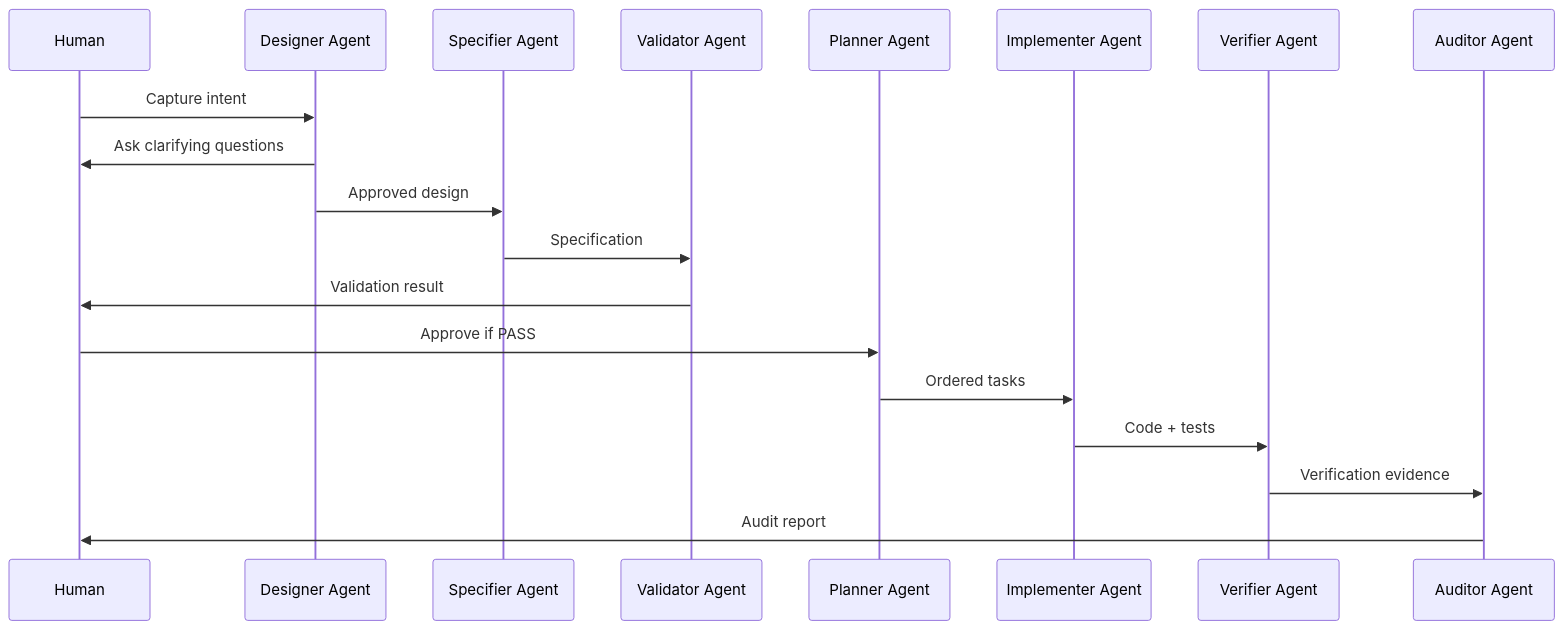
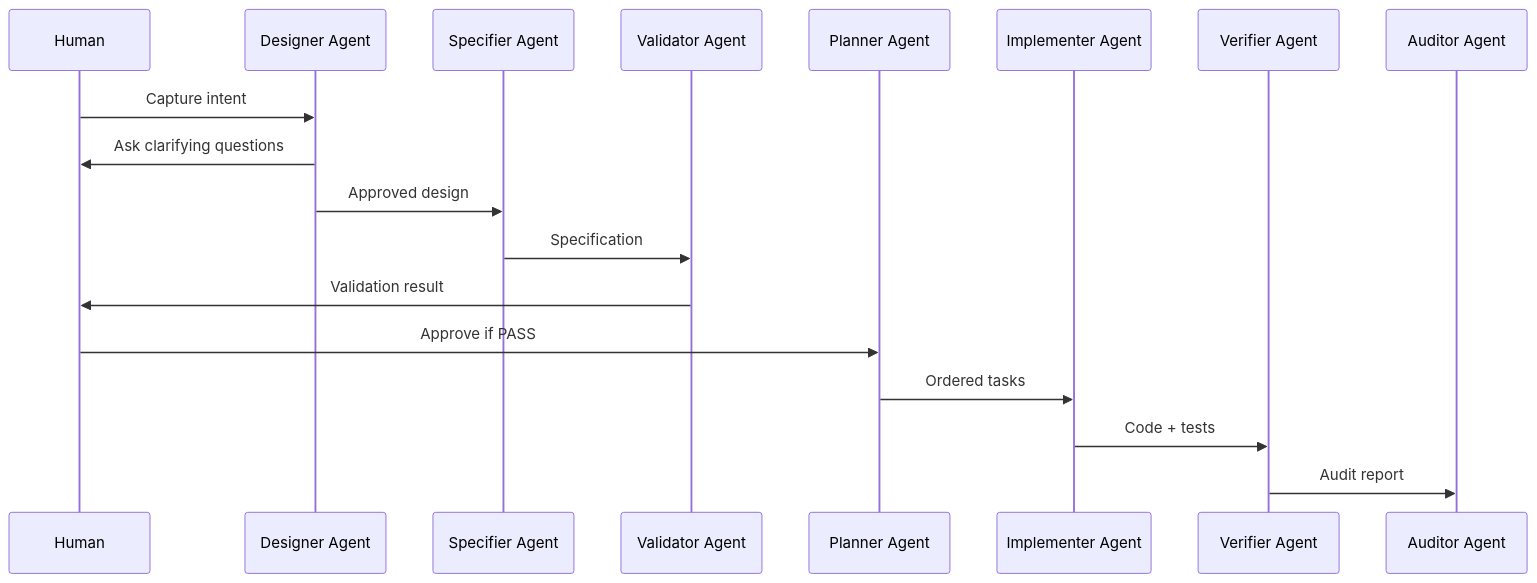
One commit to magronxo/sdd-framework changed the second of 2 diagrams in README.md. Above: the diagram before and after it, drawn with Mermaid. The commit also changed other lines of this file and 13 other files, not shown here.

````diff
--- a/README.md
+++ b/README.md
@@ -72,22 +105,21 @@
 ```mermaid
 sequenceDiagram
     participant H as Human
     participant D as Designer Agent
     participant S as Specifier Agent
     participant V as Validator Agent
     participant P as Planner Agent
     participant I as Implementer Agent
     participant Q as Verifier Agent
     participant A as Auditor Agent
 
     H->>D: Capture intent
     D->>H: Ask clarifying questions
     D->>S: Approved design
     S->>V: Specification
     V->>H: Validation result
     H->>P: Approve if PASS
     P->>I: Ordered tasks
     I->>Q: Code + tests
-    Q->>A: Verification evidence
-    A->>H: Audit report
+    Q->>A: Audit report
 ```
````
